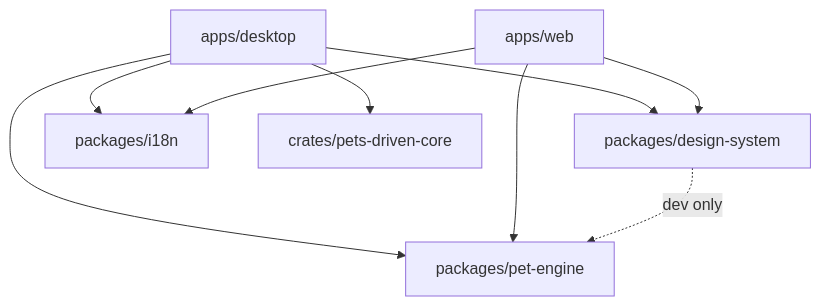
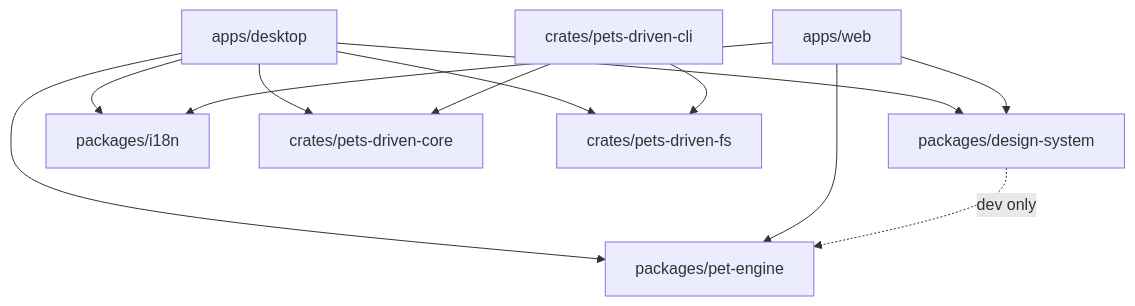
The diagram in AGENTS.md (young1the/pets-driven), drawn with Mermaid before and after one commit. The commit also changed other lines of this file and 6 other files, not shown here.

````diff
--- a/AGENTS.md
+++ b/AGENTS.md
@@ -39,11 +42,14 @@
 ```mermaid
 graph TD
   desktop[apps/desktop] --> engine[packages/pet-engine]
   desktop --> ds[packages/design-system]
   desktop --> i18n[packages/i18n]
   desktop --> core[crates/pets-driven-core]
+  desktop --> fs[crates/pets-driven-fs]
+  cli[crates/pets-driven-cli] --> core
+  cli --> fs
   web[apps/web] --> engine
   web --> ds
   web --> i18n
   ds -.->|dev only| engine
 ```
````
